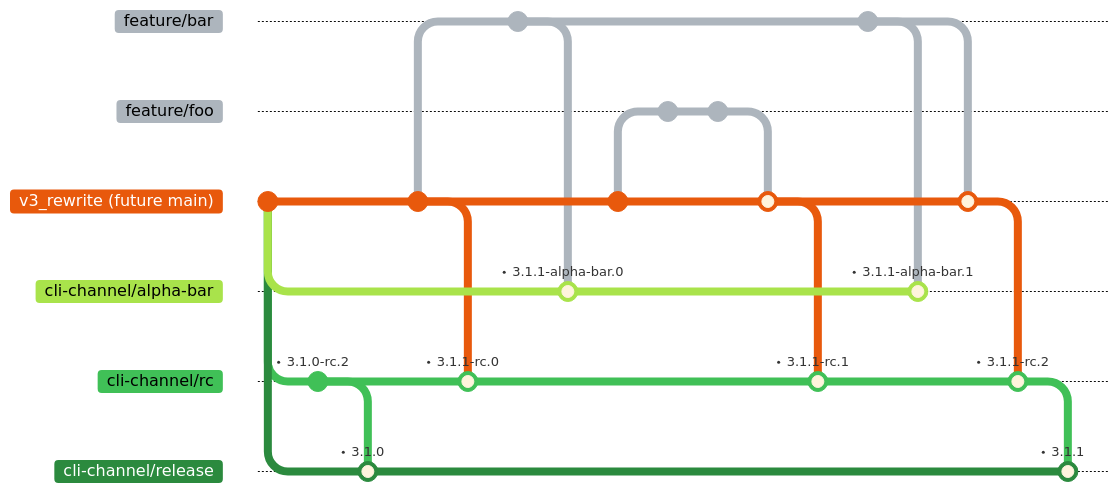
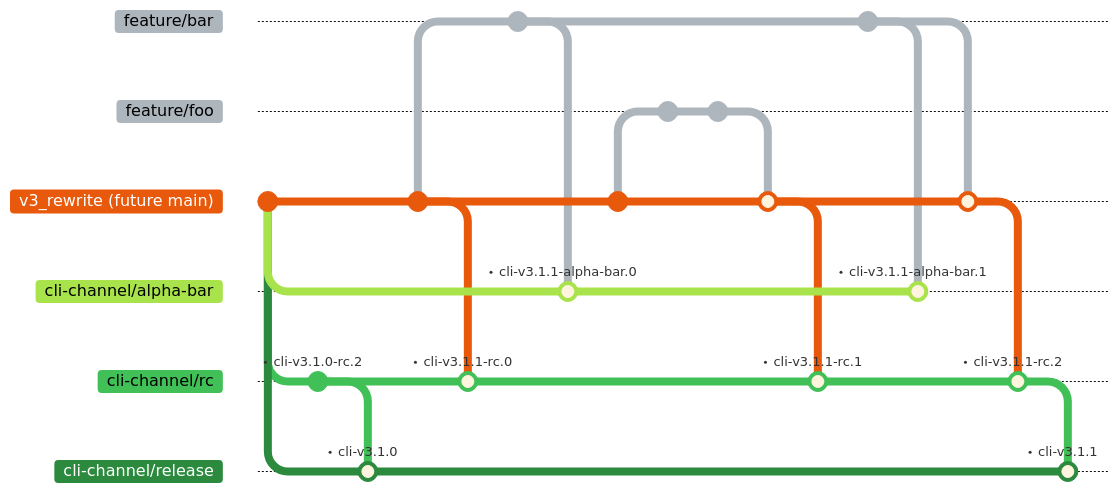
One commit to deephaven/deephaven-mcp changed the first of 4 diagrams in docs/RELEASE_ARCHITECTURE.md. Above: the diagram before and after it, drawn with Mermaid. The commit also changed other lines of this file, not shown here. Commit ids are hidden.

Commit message:
docs: DH-24407: real cli-v tags in the branch diagrams

````diff
--- a/docs/RELEASE_ARCHITECTURE.md
+++ b/docs/RELEASE_ARCHITECTURE.md
@@ -27,61 +27,61 @@
 ```mermaid
 %%{init: {
   'theme': 'base',
   'gitGraph': {
     'mainBranchName': 'v3_rewrite (future main)',
     'mainBranchOrder': 2,
     'showCommitLabel': false
   },
   'themeVariables': {
     'git0': '#adb5bd', 'gitBranchLabel0': '#000000',
     'git1': '#adb5bd', 'gitBranchLabel1': '#000000',
     'git2': '#e8590c', 'gitBranchLabel2': '#ffffff',
     'git3': '#a9e34b', 'gitBranchLabel3': '#000000',
     'git4': '#40c057', 'gitBranchLabel4': '#000000',
     'git5': '#2b8a3e', 'gitBranchLabel5': '#ffffff',
     'tagLabelBackground': 'transparent',
     'tagLabelBorder': 'transparent',
     'tagLabelColor': '#333333',
     'tagLabelFontSize': '13px'
   },
   'themeCSS': '.tag-hole { display: none; } .tag-label { font-weight: 600; } .tag-label, .tag-label-bkg { transform: translateY(42px); }'
 }}%%
 gitGraph
   commit
   branch cli-channel/release order: 5
   checkout "v3_rewrite (future main)"
   branch cli-channel/alpha-bar order: 3
   checkout "v3_rewrite (future main)"
   branch cli-channel/rc order: 4
-  commit tag: "3.1.0-rc.2"
+  commit tag: "cli-v3.1.0-rc.2"
   checkout cli-channel/release
-  merge cli-channel/rc tag: "3.1.0"
+  merge cli-channel/rc tag: "cli-v3.1.0"
   checkout "v3_rewrite (future main)"
   commit
   checkout cli-channel/rc
-  merge "v3_rewrite (future main)" tag: "3.1.1-rc.0"
+  merge "v3_rewrite (future main)" tag: "cli-v3.1.1-rc.0"
   checkout "v3_rewrite (future main)"
   branch feature/bar order: 0
   commit
   checkout cli-channel/alpha-bar
-  merge feature/bar tag: "3.1.1-alpha-bar.0"
+  merge feature/bar tag: "cli-v3.1.1-alpha-bar.0"
   checkout "v3_rewrite (future main)"
   commit
   branch feature/foo order: 1
   commit
   commit
   checkout "v3_rewrite (future main)"
   merge feature/foo
   checkout cli-channel/rc
-  merge "v3_rewrite (future main)" tag: "3.1.1-rc.1"
+  merge "v3_rewrite (future main)" tag: "cli-v3.1.1-rc.1"
   checkout feature/bar
   commit
   checkout cli-channel/alpha-bar
-  merge feature/bar tag: "3.1.1-alpha-bar.1"
+  merge feature/bar tag: "cli-v3.1.1-alpha-bar.1"
   checkout "v3_rewrite (future main)"
   merge feature/bar
   checkout cli-channel/rc
-  merge "v3_rewrite (future main)" tag: "3.1.1-rc.2"
+  merge "v3_rewrite (future main)" tag: "cli-v3.1.1-rc.2"
   checkout cli-channel/release
-  merge cli-channel/rc tag: "3.1.1"
+  merge cli-channel/rc tag: "cli-v3.1.1"
 ```
````
